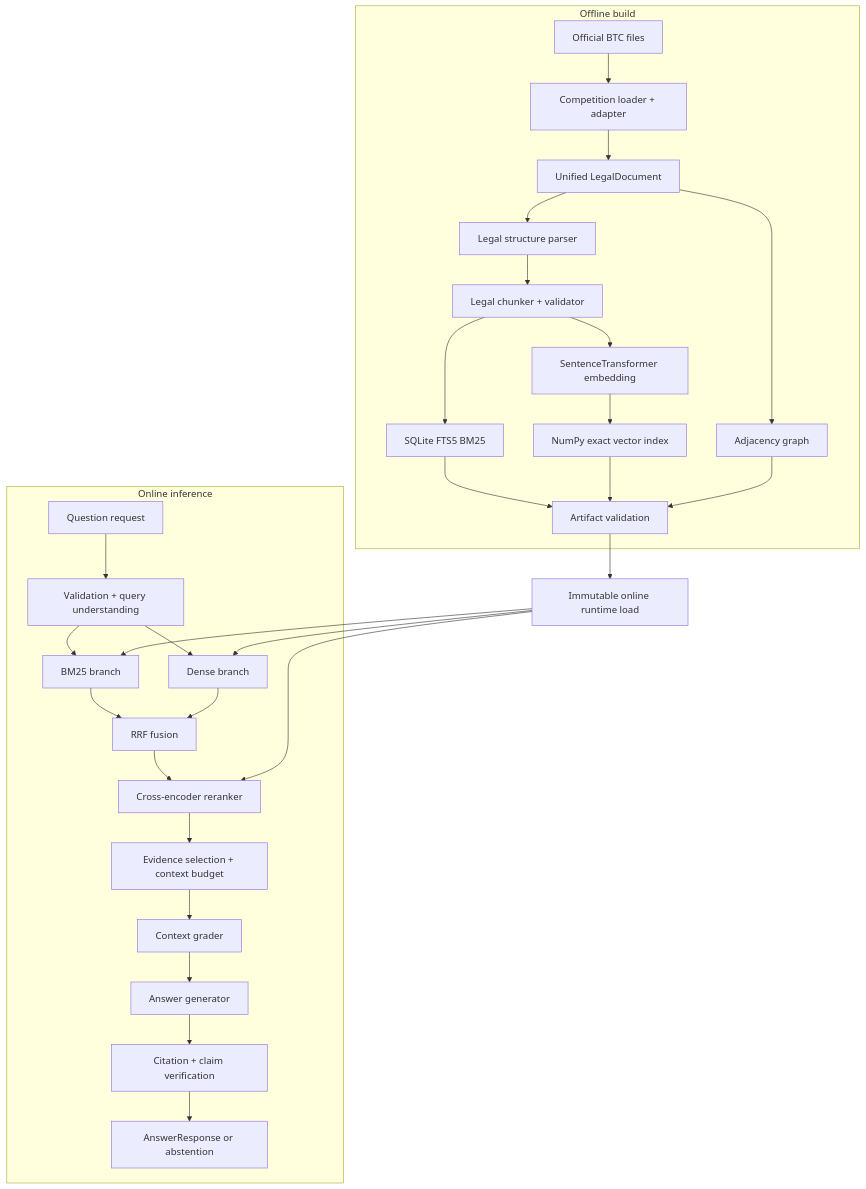
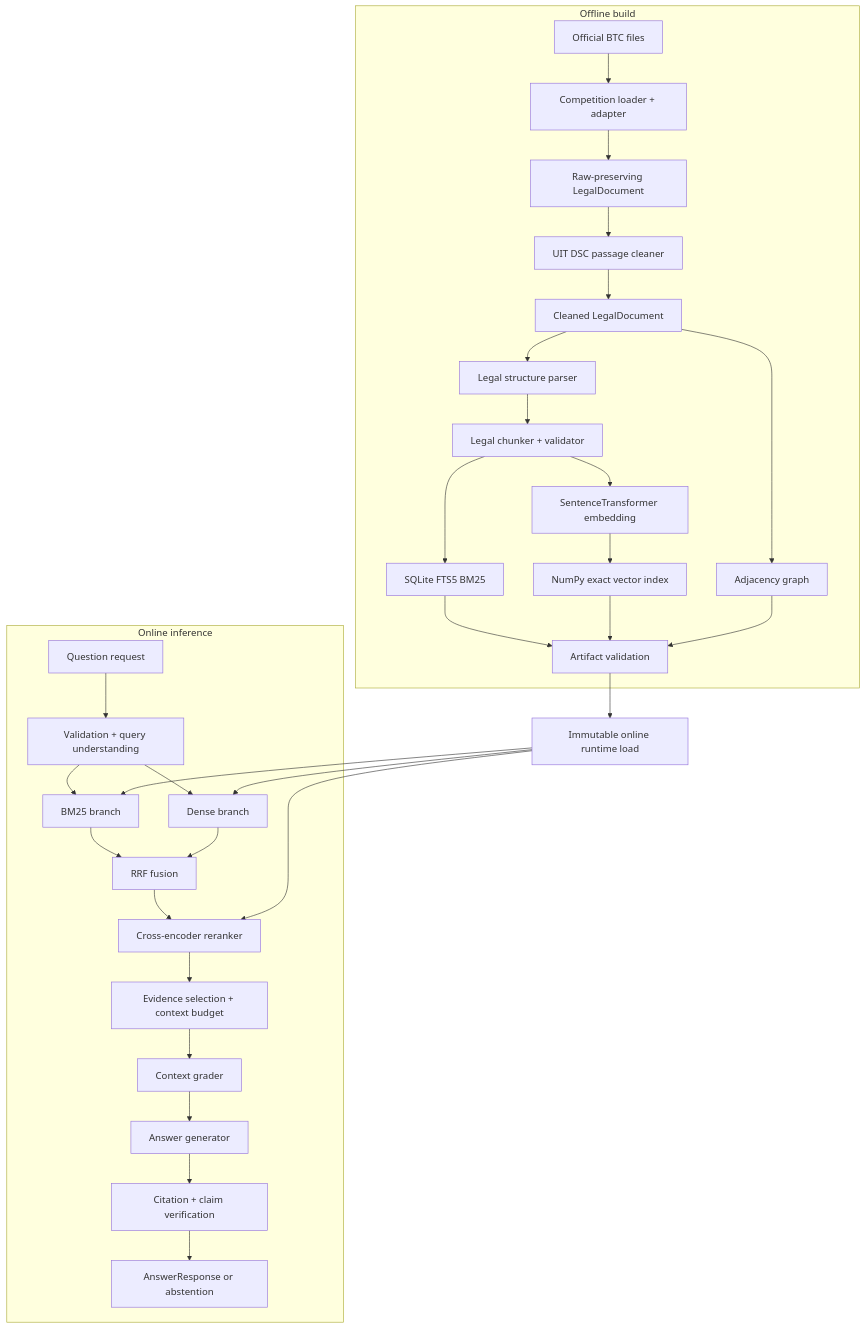
Before and after one commit to Chef221/legal-agentic-rag: the diagram in docs/14-SYSTEM-ARCHITECTURE-REFERENCE.md, drawn with Mermaid. The commit also changed other lines of this file and 27 other files, not shown here.

Commit message:
Add official Task 2 adapter and cleaner

````diff
--- a/docs/14-SYSTEM-ARCHITECTURE-REFERENCE.md
+++ b/docs/14-SYSTEM-ARCHITECTURE-REFERENCE.md
@@ -37,35 +37,37 @@
 ```mermaid
 flowchart TB
     subgraph OFFLINE[Offline build]
         RAW[Official BTC files] --> ADAPTER[Competition loader + adapter]
-        ADAPTER --> DOCS[Unified LegalDocument]
+        ADAPTER --> RAWDOCS[Raw-preserving LegalDocument]
+        RAWDOCS --> CLEAN[UIT DSC passage cleaner]
+        CLEAN --> DOCS[Cleaned LegalDocument]
         DOCS --> PARSER[Legal structure parser]
         PARSER --> CHUNKS[Legal chunker + validator]
         CHUNKS --> BM25[SQLite FTS5 BM25]
         CHUNKS --> EMBED[SentenceTransformer embedding]
         EMBED --> VECTOR[NumPy exact vector index]
         DOCS --> GRAPH[Adjacency graph]
         BM25 --> VALIDATE[Artifact validation]
         VECTOR --> VALIDATE
         GRAPH --> VALIDATE
     end
 
     subgraph ONLINE[Online inference]
         REQUEST[Question request] --> QUERY[Validation + query understanding]
         QUERY --> SPARSE[BM25 branch]
         QUERY --> DENSE[Dense branch]
         SPARSE --> RRF[RRF fusion]
         DENSE --> RRF
         RRF --> RERANK[Cross-encoder reranker]
         RERANK --> SELECT[Evidence selection + context budget]
         SELECT --> GRADE[Context grader]
         GRADE --> GENERATE[Answer generator]
         GENERATE --> VERIFY[Citation + claim verification]
         VERIFY --> RESPONSE[AnswerResponse or abstention]
     end
 
     VALIDATE --> LOAD[Immutable online runtime load]
     LOAD --> SPARSE
     LOAD --> DENSE
     LOAD --> RERANK
 ```
````
